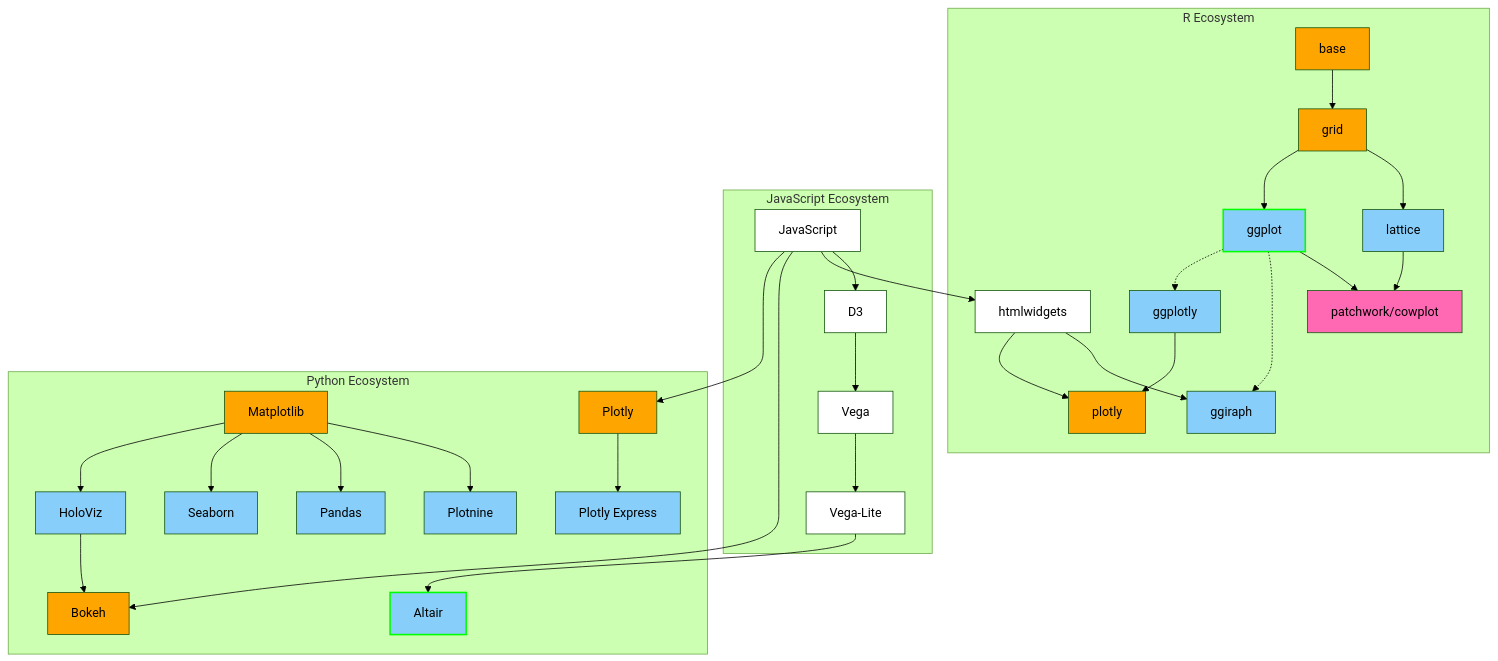
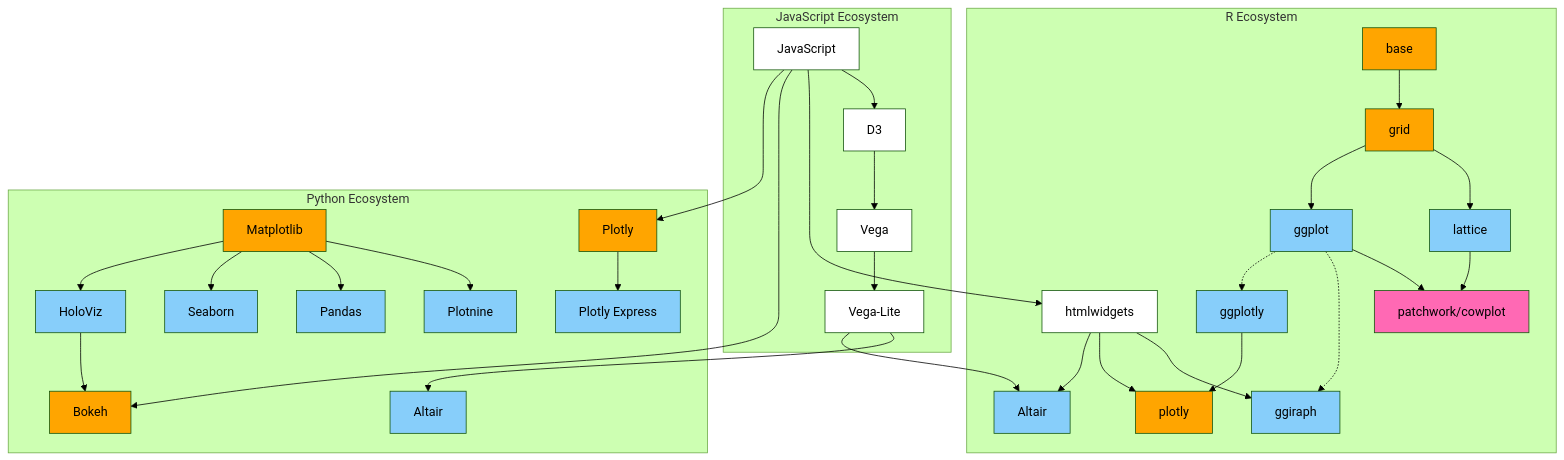
The diagram in textbook/chapter_1.qmd (joelostblom/viz-oer), drawn with Mermaid (forest theme) before and after one commit. The commit also changed other lines of this file and 2 other files, not shown here.

Commit message:
add grammer image and update css

````diff
--- a/textbook/chapter_1.qmd
+++ b/textbook/chapter_1.qmd
@@ -229,66 +228,66 @@
 ```{mermaid}
 %%{init: {'flowchart': {'width': 800}}}%%
 graph TD
-    %% Color definitions
-    classDef alignmentTool fill:#FF69B4,color:#000
-    classDef highLevel fill:#87CEFA,color:#000
-    classDef lowLevel fill:#FFA500,color:#000
-    classDef javascript fill:#FFFFFF,color:#000
-    classDef highlight fill:#87CEFA,stroke:#00FF00,color:#000,stroke-width:2px
+    %% Color definitions
+    classDef alignmentTool fill:#FF69B4,color:#000
+    classDef highLevel fill:#87CEFA,color:#000
+    classDef lowLevel fill:#FFA500,color:#000
+    classDef javascript fill:#FFFFFF,color:#000
 
-    %% R ecosystem
-    base[base]:::lowLevel
-    grid[grid]:::lowLevel
-    lattice[lattice]:::highLevel
-    ggplot[ggplot]:::highlight
-    ggiraph[ggiraph]:::highLevel
-    ggplotly[ggplotly]:::highLevel
-    plotly_r[plotly]:::lowLevel
-    patchwork[patchwork/cowplot]:::alignmentTool
-    htmlwidgets[htmlwidgets]:::javascript
+    %% R ecosystem
+    base[base]:::lowLevel
+    grid[grid]:::lowLevel
+    lattice[lattice]:::highLevel
+    ggplot[ggplot]:::highLevel
+    ggiraph[ggiraph]:::highLevel
+    ggplotly[ggplotly]:::highLevel
+    plotly_r[plotly]:::lowLevel
+    patchwork[patchwork/cowplot]:::alignmentTool
+    htmlwidgets[htmlwidgets]:::javascript
+    altair_r[Altair]:::highLevel
 
-    %% JavaScript-related
-    js[JavaScript]:::javascript
-    d3[D3]:::javascript
-    vega[Vega]:::javascript
-    vegalite[Vega-Lite]:::javascript
+    %% JavaScript-related
+    js[JavaScript]:::javascript
+    d3[D3]:::javascript
+    vega[Vega]:::javascript
+    vegalite[Vega-Lite]:::javascript
 
-    %% Python ecosystem
-    matplotlib[Matplotlib]:::lowLevel
-    plotnine[Plotnine]:::highLevel
-    pandas[Pandas]:::highLevel
-    seaborn[Seaborn]:::highLevel
-    holoviz[HoloViz]:::highLevel
-    bokeh[Bokeh]:::lowLevel
-    plotly_py[Plotly]:::lowLevel
-    plotly_express[Plotly Express]:::highLevel
-    altair[Altair]:::highlight
+    %% Python ecosystem
+    matplotlib[Matplotlib]:::lowLevel
+    plotnine[Plotnine]:::highLevel
+    pandas[Pandas]:::highLevel
+    seaborn[Seaborn]:::highLevel
+    holoviz[HoloViz]:::highLevel
+    bokeh[Bokeh]:::lowLevel
+    plotly_py[Plotly]:::lowLevel
+    plotly_express[Plotly Express]:::highLevel
+    altair[Altair]:::highLevel
 
-    %% Subgraph for R ecosystem
-    subgraph R_Ecosystem[R Ecosystem]
-        base --> grid
-        grid --> lattice & ggplot
-        lattice & ggplot --> patchwork
-        ggplot -.-> ggiraph & ggplotly
-        ggplotly --> plotly_r
-        htmlwidgets --> ggiraph & plotly_r
-    end
+    %% Subgraph for R ecosystem
+    subgraph R_Ecosystem[R Ecosystem]
+        base --> grid
+        grid --> lattice & ggplot
+        lattice & ggplot --> patchwork
+        ggplot -.-> ggiraph & ggplotly
+        ggplotly --> plotly_r
+        htmlwidgets --> ggiraph & plotly_r & altair_r
+    end
 
-    %% Subgraph for JavaScript ecosystem
-    subgraph JS_Ecosystem[JavaScript Ecosystem]
-        js --> d3
-        d3 --> vega
-        vega --> vegalite
-    end
+    %% Subgraph for JavaScript ecosystem
+    subgraph JS_Ecosystem[JavaScript Ecosystem]
+        js --> d3
+        d3 --> vega
+        vega --> vegalite
+    end
 
-    %% Subgraph for Python ecosystem
-    subgraph Python_Ecosystem[Python Ecosystem]
-        matplotlib --> plotnine & pandas & seaborn & holoviz
-        holoviz --> bokeh
-        plotly_py --> plotly_express
-        vegalite --> altair
-    end
+    %% Subgraph for Python ecosystem
+    subgraph Python_Ecosystem[Python Ecosystem]
+        matplotlib --> plotnine & pandas & seaborn & holoviz
+        holoviz --> bokeh
+        plotly_py --> plotly_express
+        vegalite --> altair & altair_r
+    end
 
-    %% Connections between ecosystems
-    js --> htmlwidgets & bokeh & plotly_py
+    %% Connections between ecosystems
+    js --> htmlwidgets & bokeh & plotly_py
 ```
````
